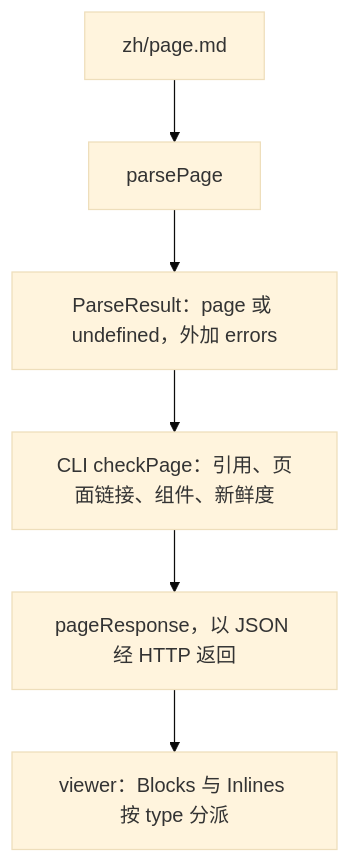
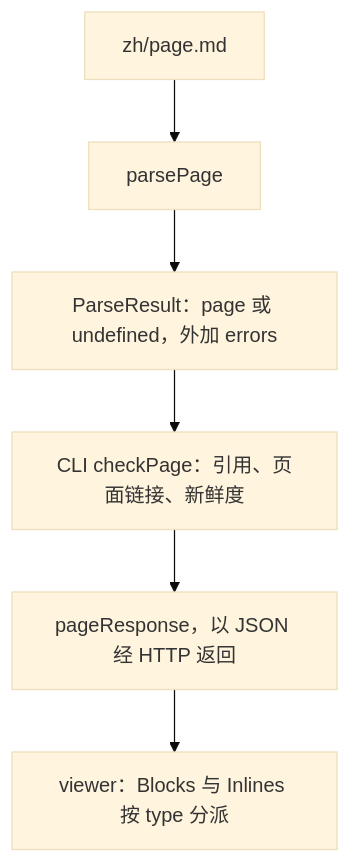
One commit to 5u4/explain-this changed the diagram in docs/zh/page-model.md. Above: the diagram before and after it, drawn with Mermaid (base theme). The commit also changed other lines of this file and 102 other files, not shown here.

````diff
--- a/docs/zh/page-model.md
+++ b/docs/zh/page-model.md
@@ -7,8 +7,8 @@
 ```mermaid
 flowchart TD
   M[zh/page.md] --> P[parsePage]
   P --> R[ParseResult：page 或 undefined，外加 errors]
-  R --> C[CLI checkPage：引用、页面链接、组件、新鲜度]
+  R --> C[CLI checkPage：引用、页面链接、新鲜度]
   C --> A[pageResponse，以 JSON 经 HTTP 返回]
   A --> V[viewer：Blocks 与 Inlines 按 type 分派]
 ```
````
